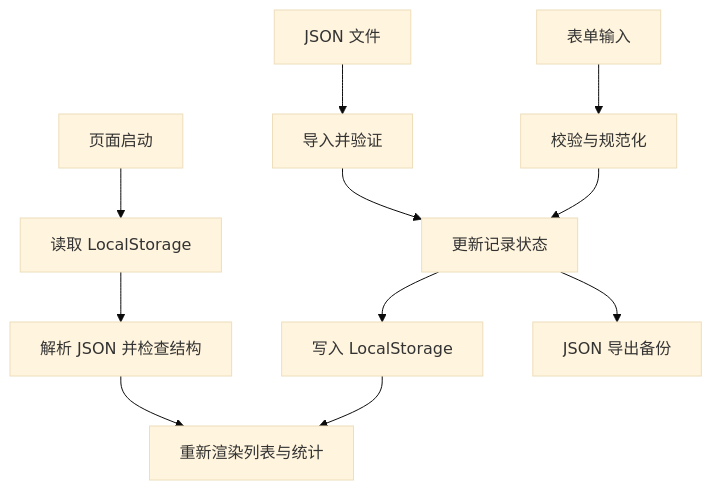
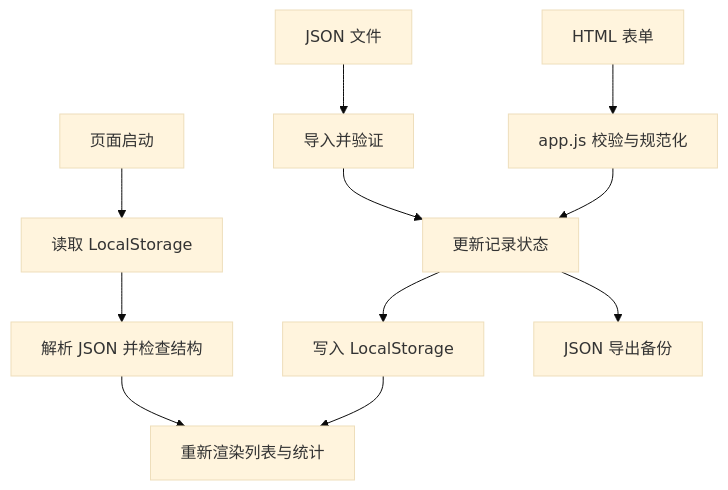
One commit to ilikui/HTML changed the diagram in projects/study-manager/README.md. Above: the diagram before and after it, drawn with Mermaid (base theme). The commit also changed other lines of this file, not shown here.

````diff
--- a/projects/study-manager/README.md
+++ b/projects/study-manager/README.md
@@ -27,13 +40,13 @@
 ```mermaid
 flowchart TD
-    A[表单输入] --> B[校验与规范化]
+    A[HTML 表单] --> B[app.js 校验与规范化]
     B --> C[更新记录状态]
     C --> D[写入 LocalStorage]
     D --> E[重新渲染列表与统计]
     F[页面启动] --> G[读取 LocalStorage]
     G --> H[解析 JSON 并检查结构]
     H --> E
     I[JSON 文件] --> J[导入并验证]
     J --> C
     C --> K[JSON 导出备份]
 ```
````
